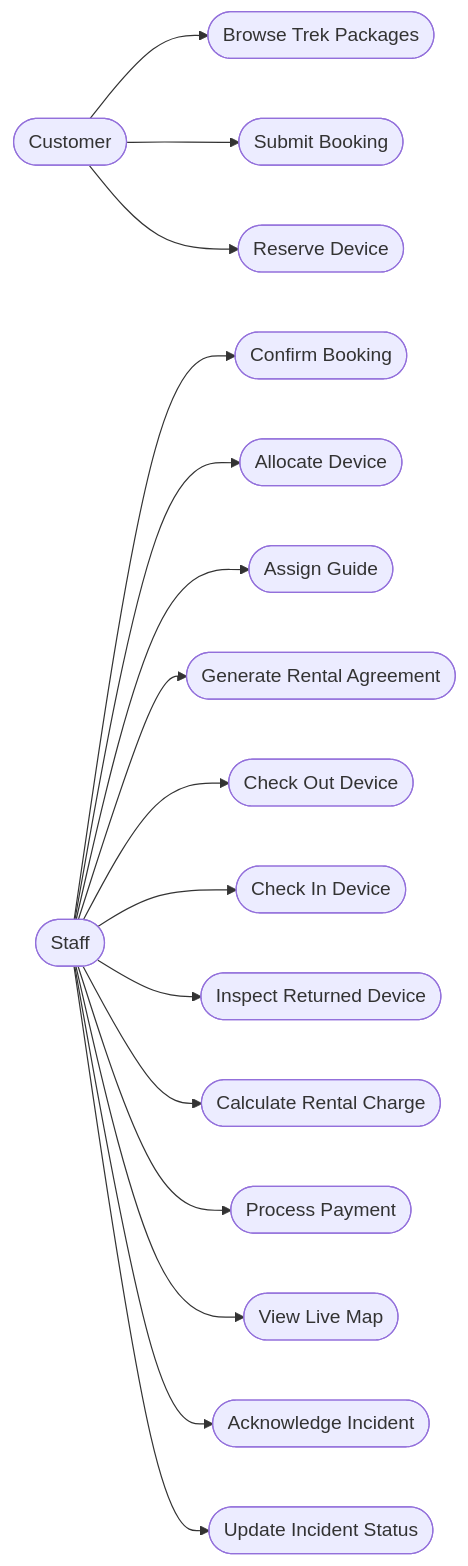
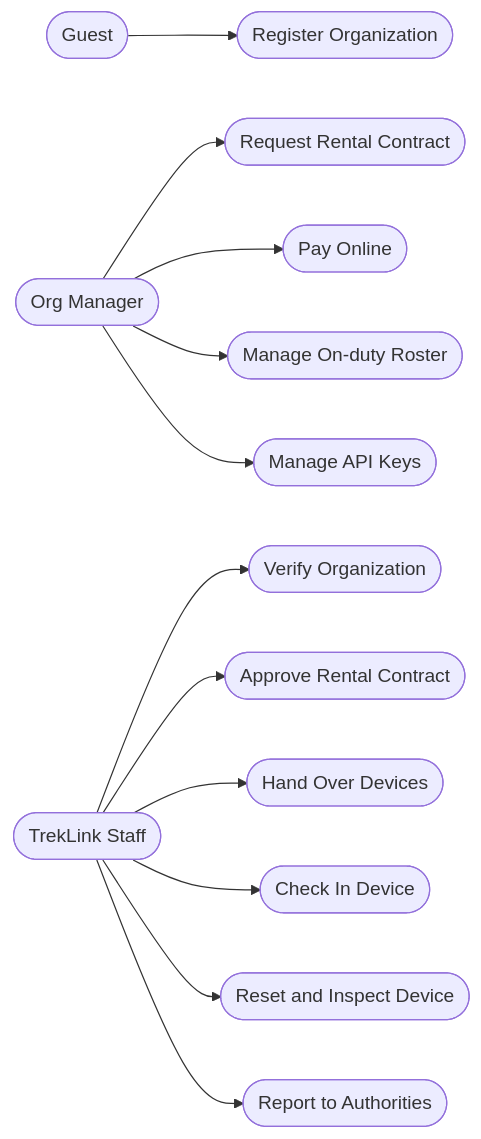
One commit to TrekLink-Team/treklink-docs changed the second of 7 diagrams in _docs/00-project-context/06-requirements-foundation.md. Above: the diagram before and after it, drawn with Mermaid. The commit also changed other lines of this file and 8 other files, not shown here.

First line of the commit message:
docs: rescope to an enterprise device-rental platform (D-033 to D-035)

````diff
--- a/_docs/00-project-context/06-requirements-foundation.md
+++ b/_docs/00-project-context/06-requirements-foundation.md
@@ -79,20 +81,17 @@
 ```mermaid
 flowchart LR
-    CUS([Customer])
-    STF([Staff])
-    CUS --> U1([Browse Trek Packages])
-    CUS --> U2([Submit Booking])
-    CUS --> U3([Reserve Device])
-    STF --> U4([Confirm Booking])
-    STF --> U5([Allocate Device])
-    STF --> U6([Assign Guide])
-    STF --> U7([Generate Rental Agreement])
-    STF --> U8([Check Out Device])
-    STF --> U9([Check In Device])
-    STF --> U10([Inspect Returned Device])
-    STF --> U11([Calculate Rental Charge])
-    STF --> U12([Process Payment])
-    STF --> U14([View Live Map])
-    STF --> U15([Acknowledge Incident])
-    STF --> U16([Update Incident Status])
+    GUE([Guest])
+    OMG([Org Manager])
+    STF([TrekLink Staff])
+    GUE --> U1([Register Organization])
+    OMG --> U15([Request Rental Contract])
+    OMG --> U19([Pay Online])
+    OMG --> U5([Manage On-duty Roster])
+    OMG --> U6([Manage API Keys])
+    STF --> U2([Verify Organization])
+    STF --> U17([Approve Rental Contract])
+    STF --> U20([Hand Over Devices])
+    STF --> U43([Check In Device])
+    STF --> U44([Reset and Inspect Device])
+    STF --> U35([Report to Authorities])
 ```
````
